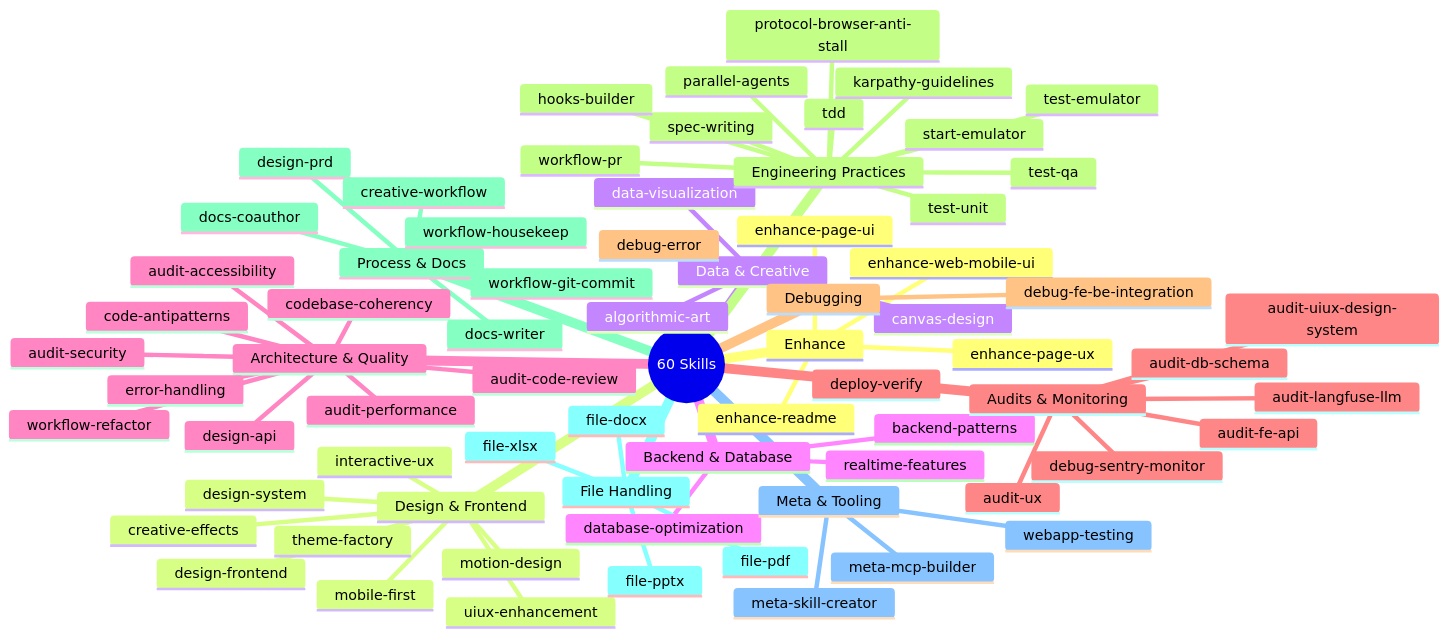
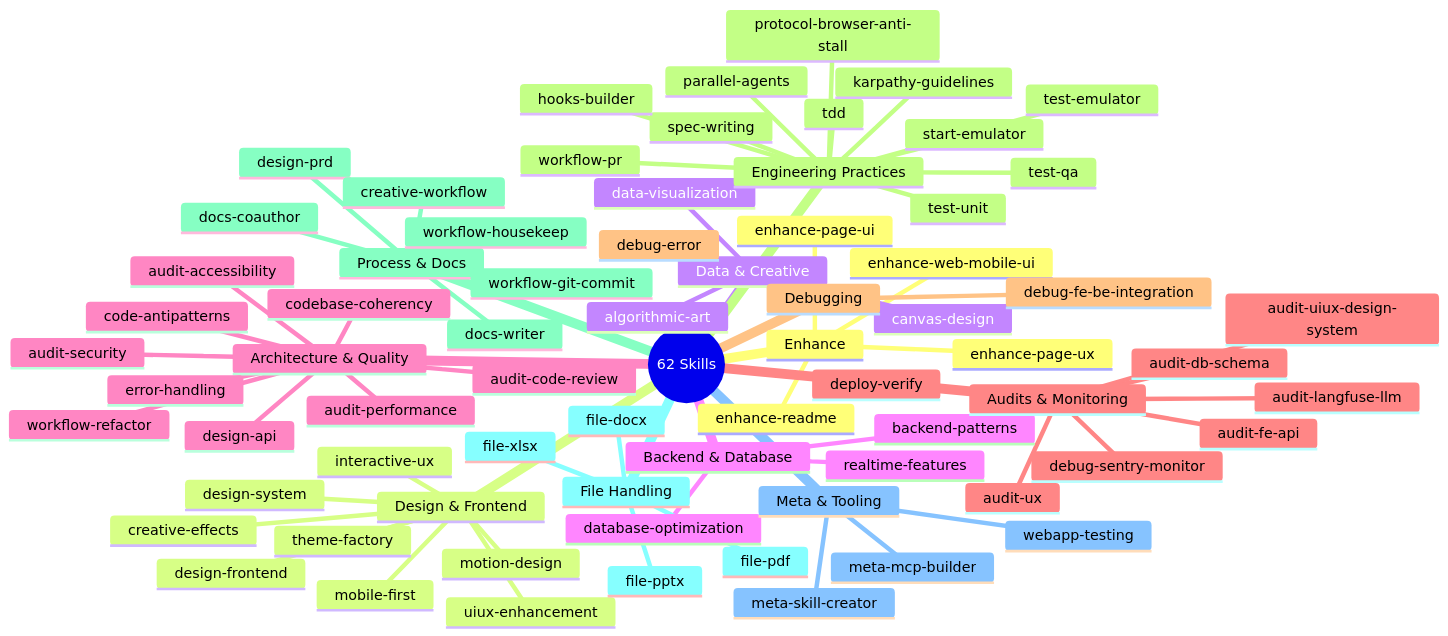
One commit to kensaurus/cursor-kenji changed the seventh of 12 diagrams in README.md. Above: the diagram before and after it, drawn with Mermaid. The commit also changed other lines of this file and 36 other files, not shown here.

````diff
--- a/README.md
+++ b/README.md
@@ -503,75 +514,75 @@
 ```mermaid
 mindmap
-  root((60 Skills))
+  root((62 Skills))
     Enhance
       enhance-page-ui
       enhance-page-ux
       enhance-readme
       enhance-web-mobile-ui
     Design & Frontend
       design-frontend
       design-system
       motion-design
       creative-effects
       uiux-enhancement
       interactive-ux
       mobile-first
       theme-factory
     Data & Creative
       data-visualization
       algorithmic-art
       canvas-design
     Backend & Database
       backend-patterns
       database-optimization
       realtime-features
     Architecture & Quality
       design-api
       error-handling
       code-antipatterns
       audit-code-review
       codebase-coherency
       workflow-refactor
       audit-performance
       audit-security
       audit-accessibility
     Audits & Monitoring
       audit-db-schema
       audit-fe-api
       audit-langfuse-llm
       audit-uiux-design-system
       audit-ux
       debug-sentry-monitor
       deploy-verify
     Debugging
       debug-error
       debug-fe-be-integration
     Engineering Practices
       tdd
       spec-writing
       parallel-agents
       hooks-builder
       karpathy-guidelines
       test-unit
       test-qa
       test-emulator
       start-emulator
       workflow-pr
       protocol-browser-anti-stall
     Process & Docs
       workflow-git-commit
       docs-coauthor
       docs-writer
       design-prd
       creative-workflow
       workflow-housekeep
     File Handling
       file-docx
       file-pdf
       file-pptx
       file-xlsx
     Meta & Tooling
       meta-skill-creator
       meta-mcp-builder
       webapp-testing
 ```
````
